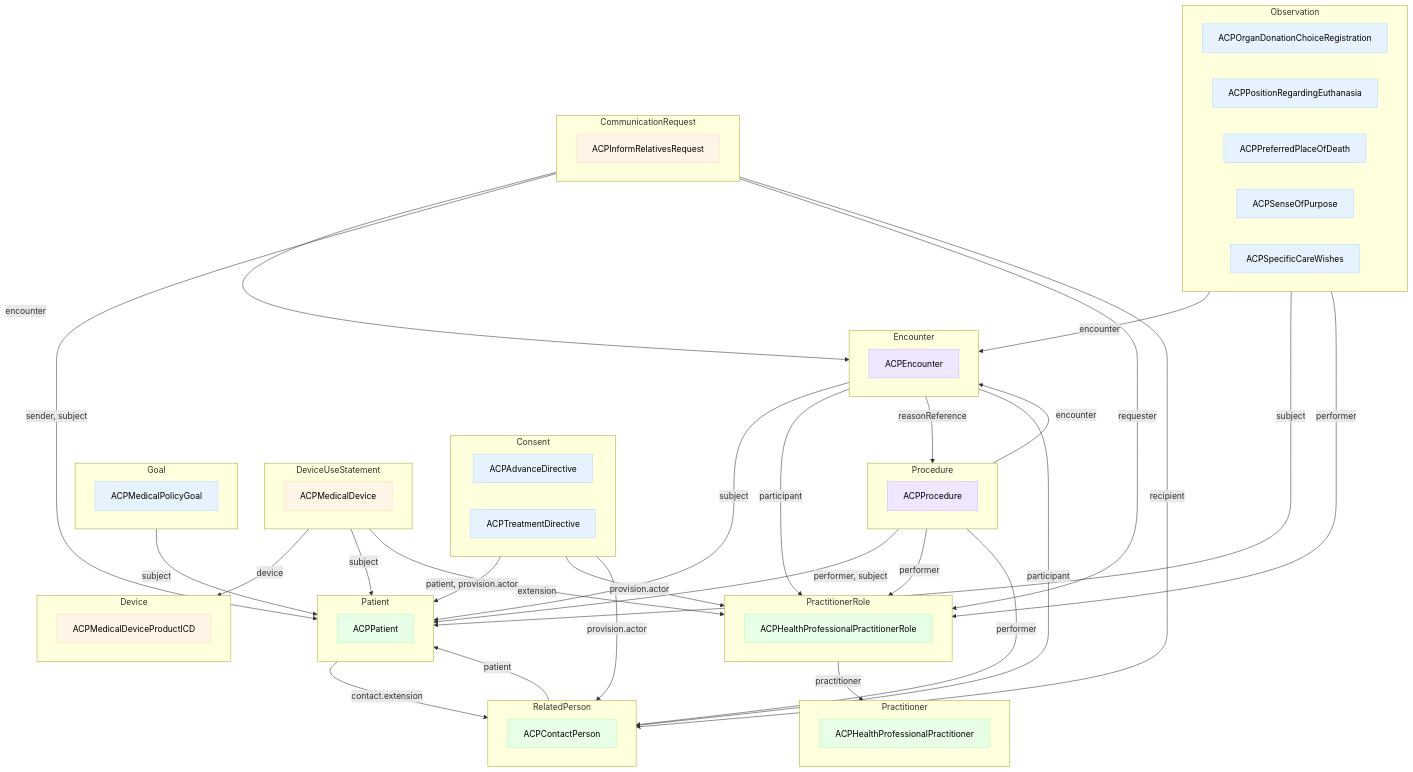
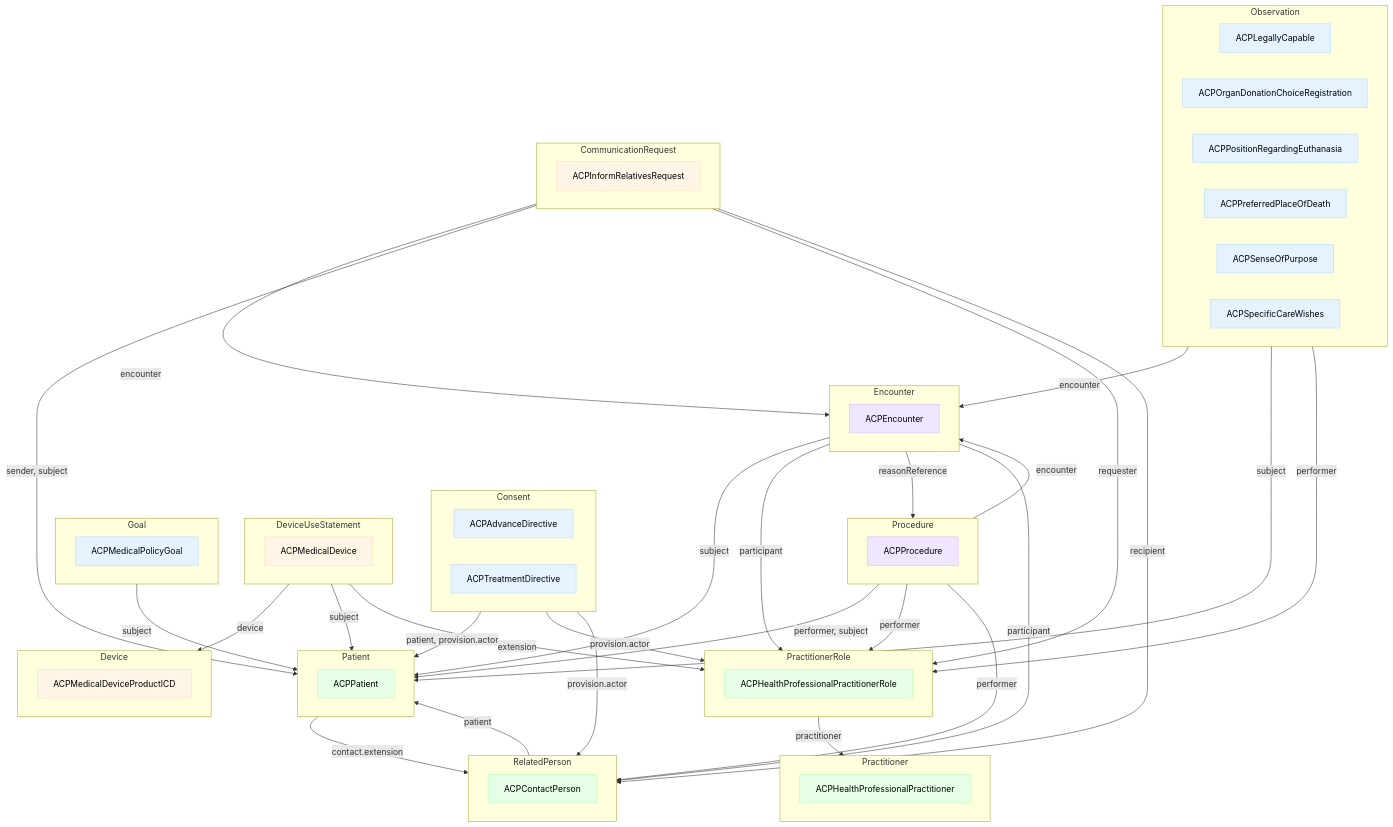
The diagram in input/includes/fhir-data-model-mermaid-diagram.md (IKNL/PZP-FHIR-R4), drawn with Mermaid before and after one commit. The commit also changed 4 other files, not shown here.

Commit message:
Removed extension from Patient, updated mappings and diagrams

```diff
--- a/input/includes/fhir-data-model-mermaid-diagram.md
+++ b/input/includes/fhir-data-model-mermaid-diagram.md
@@ -56,6 +56,7 @@
     end
 
     subgraph "Observation"
+        ACPLegallyCapable
         ACPOrganDonationChoiceRegistration
         ACPPositionRegardingEuthanasia
         ACPPreferredPlaceOfDeath
@@ -76,6 +77,7 @@
     class ACPPositionRegardingEuthanasia C0
     class ACPOrganDonationChoiceRegistration C0
     class ACPSenseOfPurpose C0
+    class ACPLegallyCapable C0
     class ACPPatient C1
     class ACPHealthProfessionalPractitioner C1
     class ACPHealthProfessionalPractitionerRole C1
```
